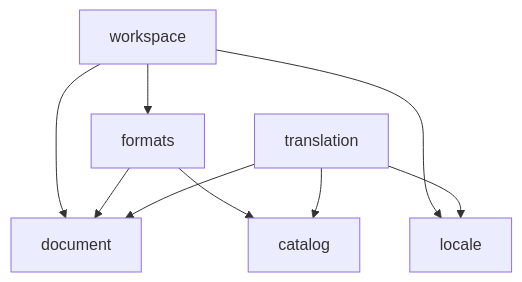
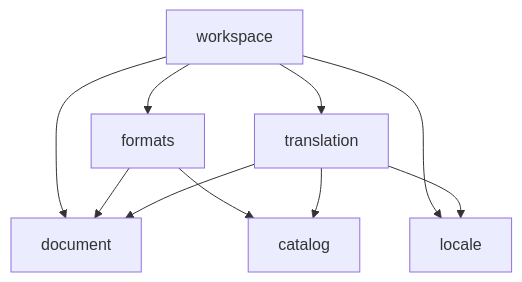
One commit to mooeypoo/paperl10n changed the diagram in docs/architecture.md. Above: the diagram before and after it, drawn with Mermaid. The commit also changed 13 other files, not shown here.

````diff
--- a/docs/architecture.md
+++ b/docs/architecture.md
@@ -42,11 +42,12 @@
 ```mermaid
 graph TD
   workspace --> formats
   workspace --> locale
   workspace --> document
+  workspace --> translation
   formats --> document
   formats --> catalog
   translation --> document
   translation --> catalog
   translation --> locale
 ```
````
